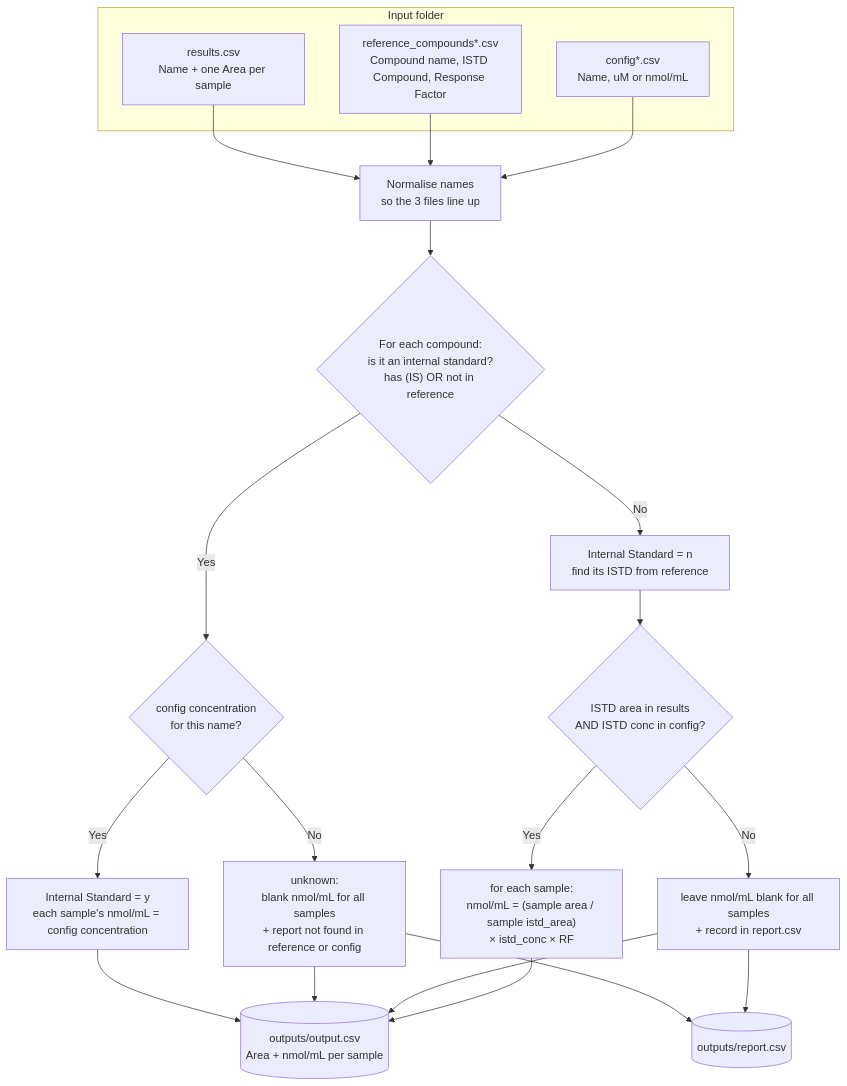
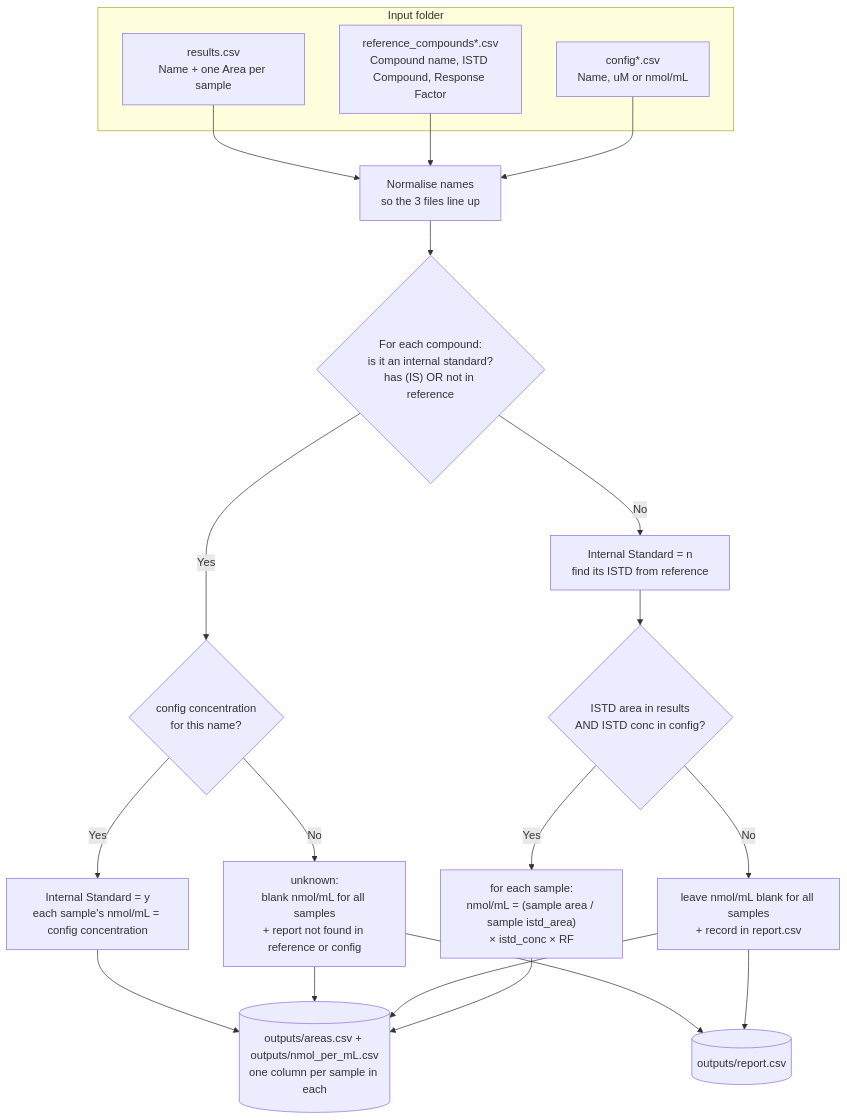
The diagram in README.md (Jack-Coutts/targeted_lipid_panel_calculator), drawn with Mermaid before and after one commit. The commit also changed other lines of this file and 5 other files, not shown here.

First line of the commit message:
Split output into separate areas and nmol/mL files

````diff
--- a/README.md
+++ b/README.md
@@ -29,30 +33,30 @@
 ```mermaid
 flowchart TD
     subgraph IN[Input folder]
       A[results.csv<br/>Name + one Area per sample]
       B[reference_compounds*.csv<br/>Compound name, ISTD Compound, Response Factor]
       C[config*.csv<br/>Name, uM or nmol/mL]
     end
 
     A --> N[Normalise names<br/>so the 3 files line up]
     B --> N
     C --> N
     N --> R{"For each compound:<br/>is it an internal standard?<br/>has (IS) OR not in reference"}
 
     R -->|Yes| ISC{"config concentration<br/>for this name?"}
     R -->|No| CALC["Internal Standard = n<br/>find its ISTD from reference"]
 
     ISC -->|Yes| ISY["Internal Standard = y<br/>each sample's nmol/mL = config concentration"]
     ISC -->|No| UNK["unknown:<br/>blank nmol/mL for all samples<br/>+ report not found in reference or config"]
 
     CALC --> F{"ISTD area in results<br/>AND ISTD conc in config?"}
     F -->|No| SKIP["leave nmol/mL blank for all samples<br/>+ record in report.csv"]
     F -->|Yes| FORMULA["for each sample:<br/>nmol/mL = (sample area / sample istd_area)<br/>× istd_conc × RF"]
 
-    ISY --> OUT[("outputs/output.csv<br/>Area + nmol/mL per sample")]
+    ISY --> OUT[("outputs/areas.csv + outputs/nmol_per_mL.csv<br/>one column per sample in each")]
     UNK --> OUT
     SKIP --> OUT
     FORMULA --> OUT
     UNK --> REP[(outputs/report.csv)]
     SKIP --> REP
 ```
````
